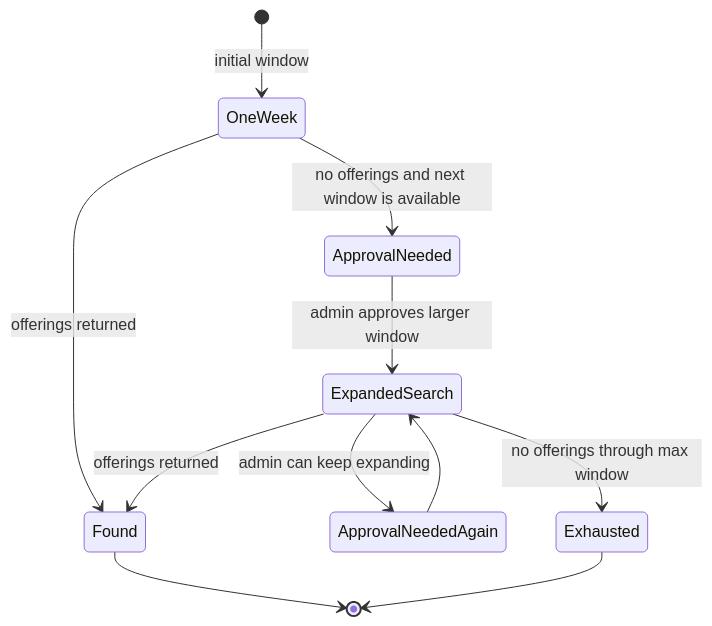
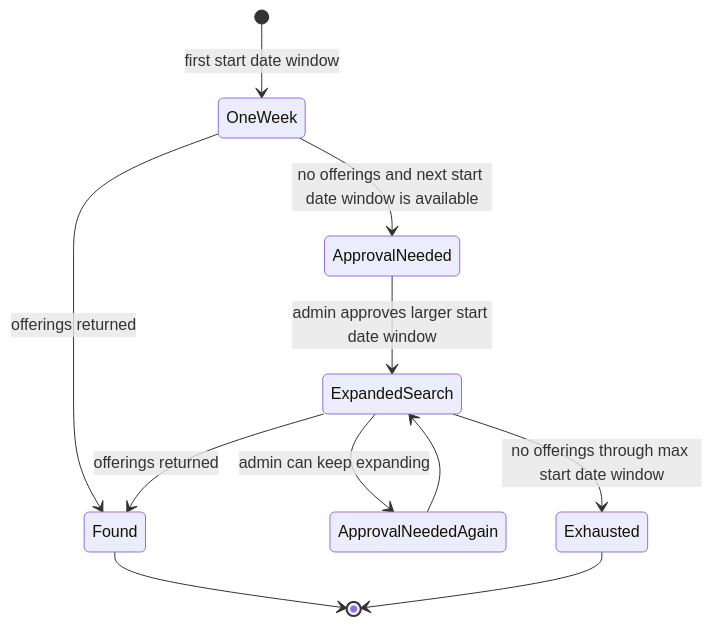
Before and after one commit to aasim-m/aws-training-plan: the fourth of 5 diagrams in docs/architecture.md, drawn with Mermaid. The commit also changed other lines of this file and 8 other files, not shown here.

Commit message:
Fix start date window search bounds

````diff
--- a/docs/architecture.md
+++ b/docs/architecture.md
@@ -66,13 +66,13 @@
 ```mermaid
 stateDiagram-v2
-    [*] --> OneWeek: initial window
+    [*] --> OneWeek: first start date window
     OneWeek --> Found: offerings returned
-    OneWeek --> ApprovalNeeded: no offerings and next window is available
-    ApprovalNeeded --> ExpandedSearch: admin approves larger window
+    OneWeek --> ApprovalNeeded: no offerings and next start date window is available
+    ApprovalNeeded --> ExpandedSearch: admin approves larger start date window
     ExpandedSearch --> Found: offerings returned
     ExpandedSearch --> ApprovalNeededAgain: admin can keep expanding
     ApprovalNeededAgain --> ExpandedSearch
-    ExpandedSearch --> Exhausted: no offerings through max window
+    ExpandedSearch --> Exhausted: no offerings through max start date window
     Found --> [*]
     Exhausted --> [*]
 ```
````
